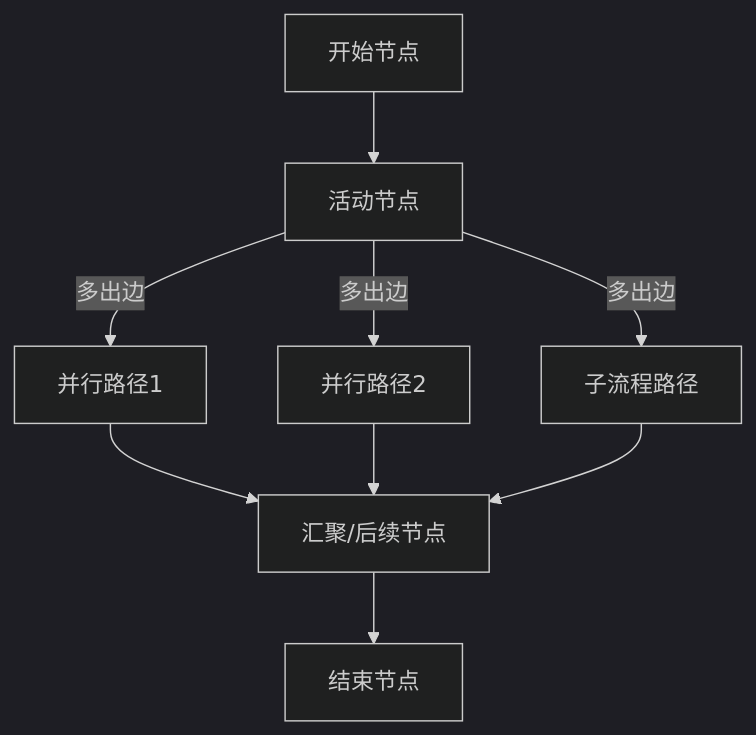
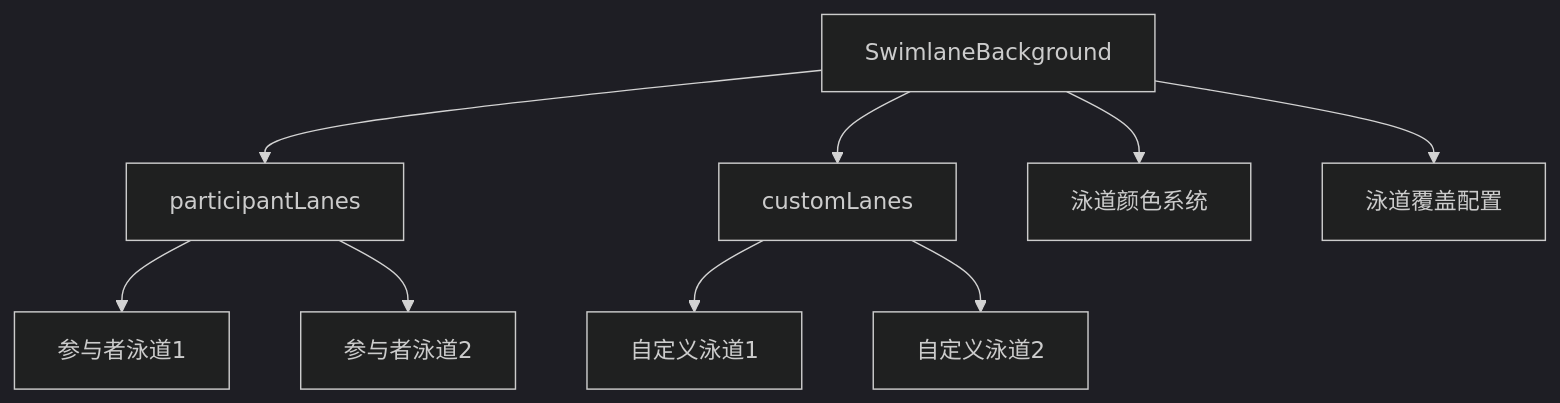
Before and after one commit to kai-cui1/ai-prototype-manager: the fourth of 6 diagrams in .qoder/repowiki/zh/content/核心模块/业务流程管理模块.md, drawn with Mermaid (dark theme). The commit also changed other lines of this file and 173 other files, not shown here.

````diff
--- a/.qoder/repowiki/zh/content/核心模块/业务流程管理模块.md
+++ b/.qoder/repowiki/zh/content/核心模块/业务流程管理模块.md
@@ -261,11 +214,11 @@
 ```mermaid
-flowchart TD
-S["开始节点"] --> A["活动节点"]
-A --> |多出边| P1["并行路径1"]
-A --> |多出边| P2["并行路径2"]
-A --> |多出边| P3["子流程路径"]
-P1 --> J["汇聚/后续节点"]
-P2 --> J
-P3 --> J
-J --> E["结束节点"]
+graph TB
+SB["SwimlaneBackground"] --> PL["participantLanes"]
+SB --> CL["customLanes"]
+PL --> P1["参与者泳道1"]
+PL --> P2["参与者泳道2"]
+CL --> C1["自定义泳道1"]
+CL --> C2["自定义泳道2"]
+SB --> CP["泳道颜色系统"]
+SB --> RO["泳道覆盖配置"]
 ```
````
